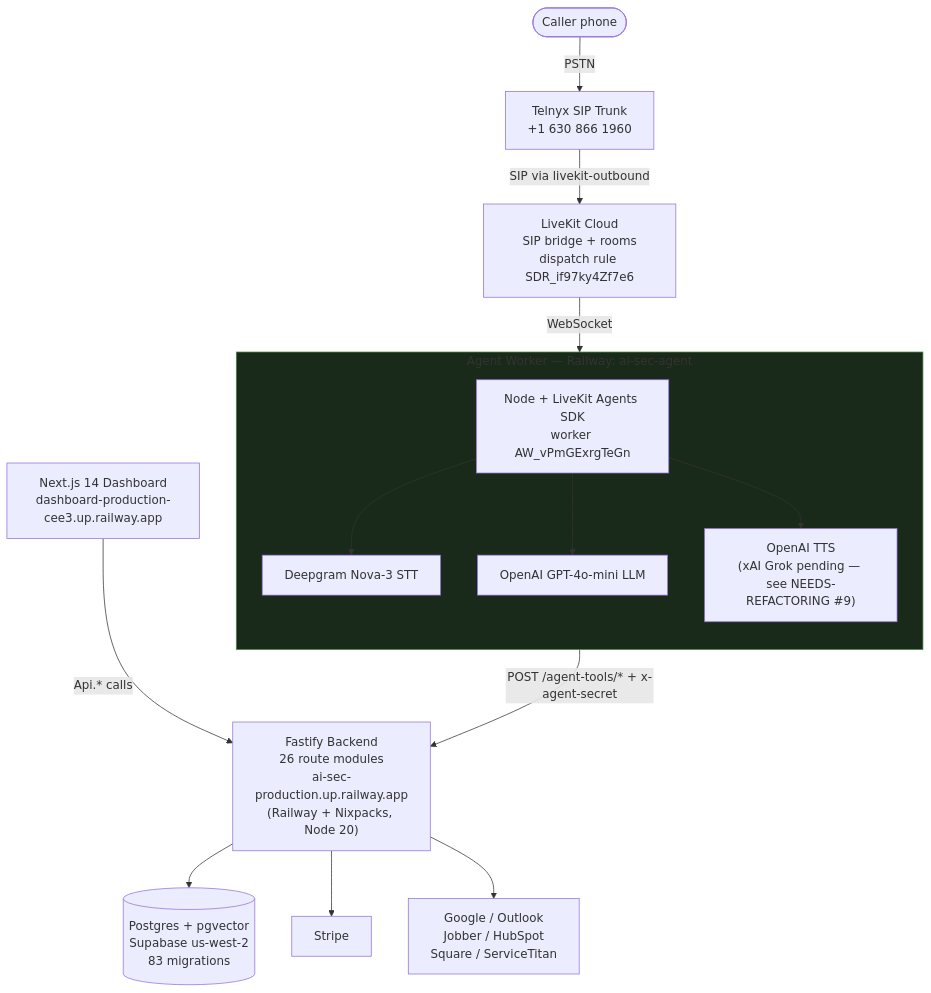
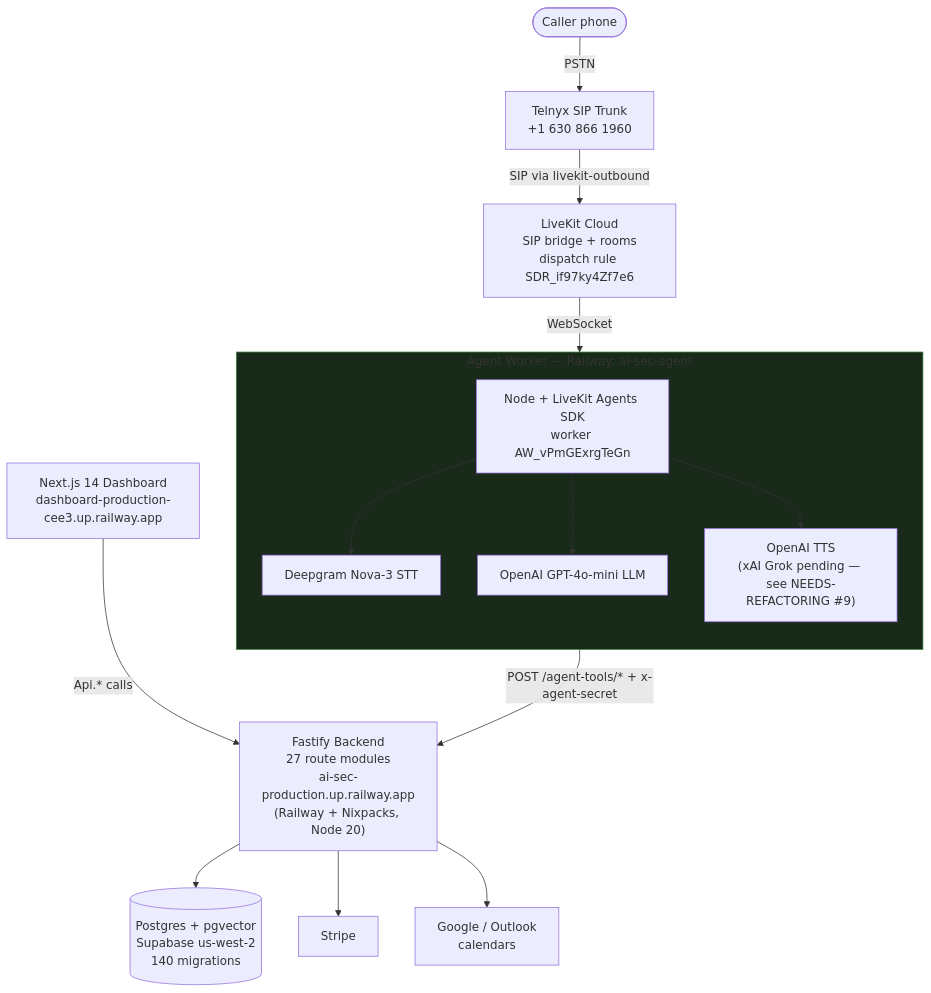
The first of 11 diagrams in docs/DIAGRAMS.md (ddemott/ai-sec), drawn with Mermaid before and after one commit. The commit also changed other lines of this file and 19 other files, not shown here.

````diff
--- a/docs/DIAGRAMS.md
+++ b/docs/DIAGRAMS.md
@@ -27,37 +27,37 @@
 ```mermaid
 flowchart TB
   Caller([Caller phone])
   Telnyx["Telnyx SIP Trunk<br/>+1 630 866 1960"]
   Caller -->|PSTN| Telnyx
 
   LiveKit["LiveKit Cloud<br/>SIP bridge + rooms<br/>dispatch rule SDR_if97ky4Zf7e6"]
   Telnyx -->|SIP via livekit-outbound| LiveKit
 
   subgraph agentBox["Agent Worker — Railway: ai-sec-agent"]
     direction TB
     Agent["Node + LiveKit Agents SDK<br/>worker AW_vPmGExrgTeGn"]
     DG["Deepgram Nova-3 STT"]
     OAI["OpenAI GPT-4o-mini LLM"]
     TTS["OpenAI TTS<br/>(xAI Grok pending — see NEEDS-REFACTORING #9)"]
     Agent --> DG
     Agent --> OAI
     Agent --> TTS
   end
 
   LiveKit -->|WebSocket| Agent
 
-  Fastify["Fastify Backend<br/>26 route modules<br/>ai-sec-production.up.railway.app<br/>(Railway + Nixpacks, Node 20)"]
+  Fastify["Fastify Backend<br/>27 route modules<br/>ai-sec-production.up.railway.app<br/>(Railway + Nixpacks, Node 20)"]
   Agent -->|POST /agent-tools/* + x-agent-secret| Fastify
 
-  Postgres[("Postgres + pgvector<br/>Supabase us-west-2<br/>83 migrations")]
+  Postgres[("Postgres + pgvector<br/>Supabase us-west-2<br/>140 migrations")]
   Stripe["Stripe"]
-  Integrations["Google / Outlook<br/>Jobber / HubSpot<br/>Square / ServiceTitan"]
+  Integrations["Google / Outlook<br/>calendars"]
   Dashboard["Next.js 14 Dashboard<br/>dashboard-production-cee3.up.railway.app"]
 
   Fastify --> Postgres
   Fastify --> Stripe
   Fastify --> Integrations
   Dashboard -->|Api.* calls| Fastify
 
   style agentBox fill:#1a2a1a,stroke:#484
 ```
````
